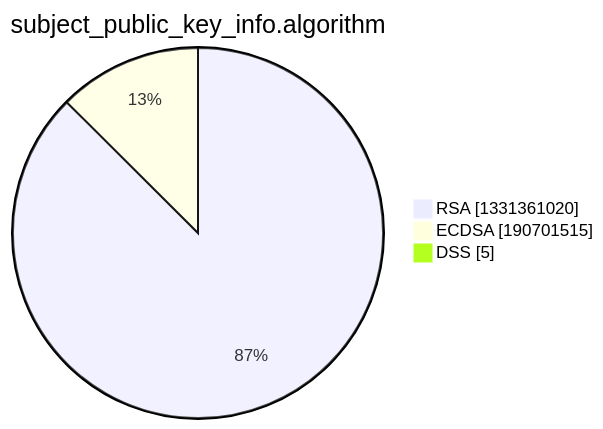
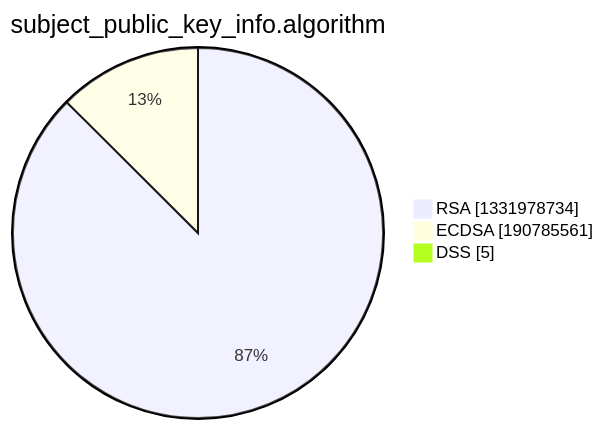
The third of 15 diagrams in xenon2022/README.md (christiankrug/ctmonitor_visualization), drawn with Mermaid before and after one commit. The commit also changed other lines of this file, not shown here.

````diff
--- a/xenon2022/README.md
+++ b/xenon2022/README.md
@@ -14,7 +14,7 @@
 ```mermaid
 pie showData
 title subject_public_key_info.algorithm
-"RSA" :1331361020
-"ECDSA" :190701515
+"RSA" :1331978734
+"ECDSA" :190785561
 "DSS" :5
 ```
````
